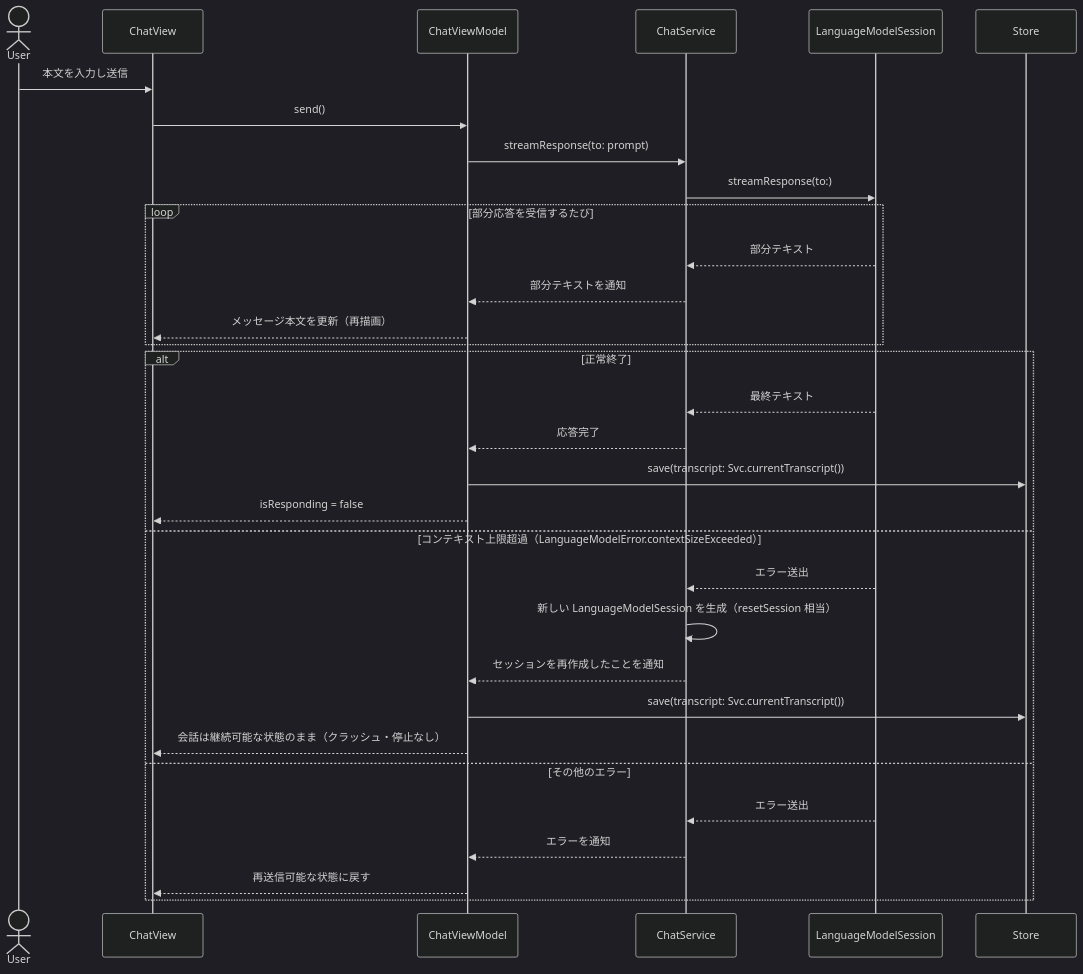
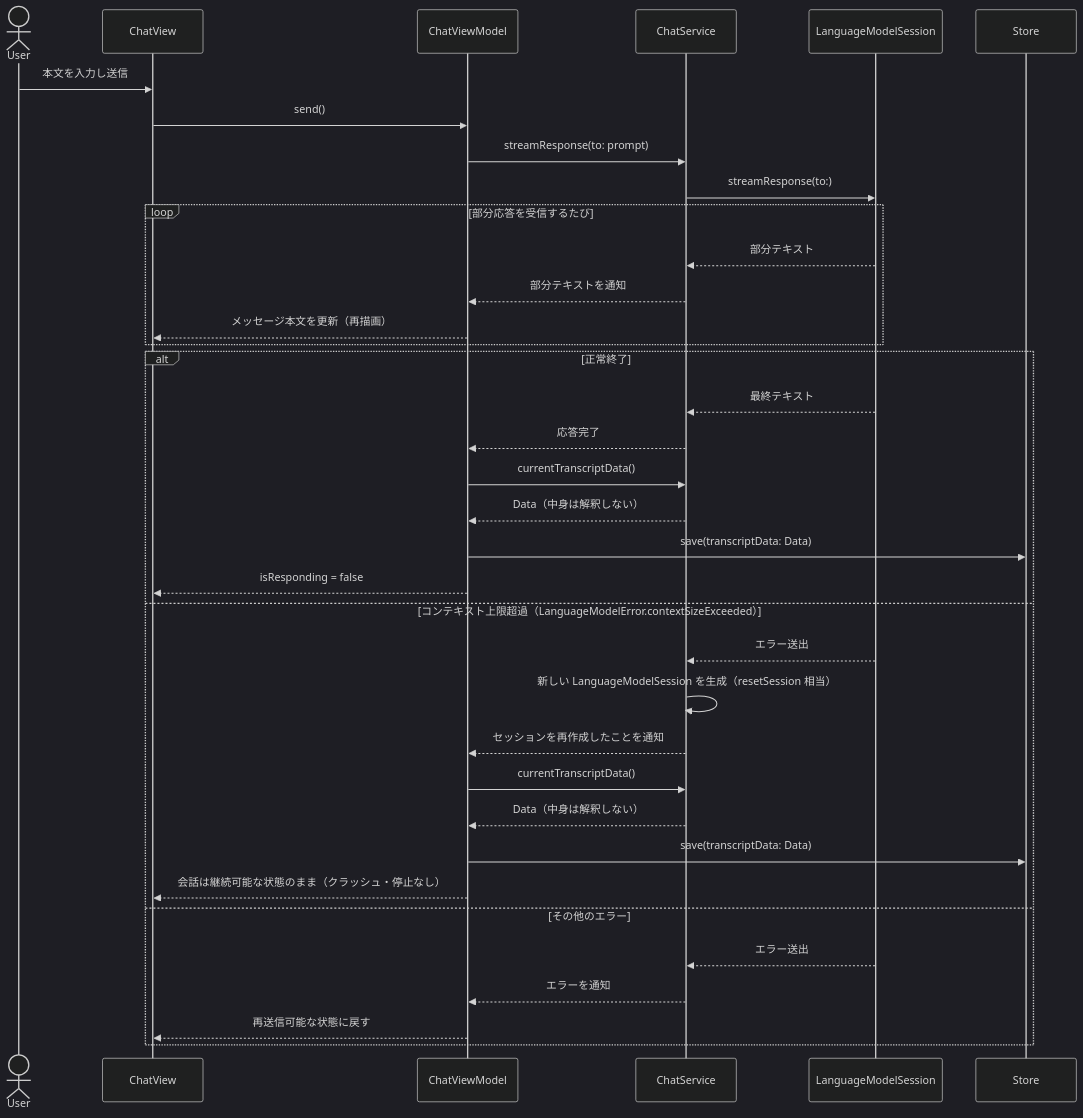
Before and after one commit to neko3cs/apple-fm-chat-app: the third of 4 diagrams in docs/design.md, drawn with Mermaid (dark theme). The commit also changed other lines of this file and 1 other file, not shown here.

````diff
--- a/docs/design.md
+++ b/docs/design.md
@@ -97,35 +97,39 @@
 ```mermaid
 sequenceDiagram
     actor User
     participant View as ChatView
     participant VM as ChatViewModel
     participant Svc as ChatService
     participant Session as LanguageModelSession
 
     User->>View: 本文を入力し送信
     View->>VM: send()
     VM->>Svc: streamResponse(to: prompt)
     Svc->>Session: streamResponse(to:)
     loop 部分応答を受信するたび
         Session-->>Svc: 部分テキスト
         Svc-->>VM: 部分テキストを通知
         VM-->>View: メッセージ本文を更新（再描画）
     end
 
     alt 正常終了
         Session-->>Svc: 最終テキスト
         Svc-->>VM: 応答完了
-        VM->>Store: save(transcript: Svc.currentTranscript())
+        VM->>Svc: currentTranscriptData()
+        Svc-->>VM: Data（中身は解釈しない）
+        VM->>Store: save(transcriptData: Data)
         VM-->>View: isResponding = false
     else コンテキスト上限超過（LanguageModelError.contextSizeExceeded）
         Session-->>Svc: エラー送出
         Svc->>Svc: 新しい LanguageModelSession を生成（resetSession 相当）
         Svc-->>VM: セッションを再作成したことを通知
-        VM->>Store: save(transcript: Svc.currentTranscript())
+        VM->>Svc: currentTranscriptData()
+        Svc-->>VM: Data（中身は解釈しない）
+        VM->>Store: save(transcriptData: Data)
         VM-->>View: 会話は継続可能な状態のまま（クラッシュ・停止なし）
     else その他のエラー
         Session-->>Svc: エラー送出
         Svc-->>VM: エラーを通知
         VM-->>View: 再送信可能な状態に戻す
     end
 ```
````
